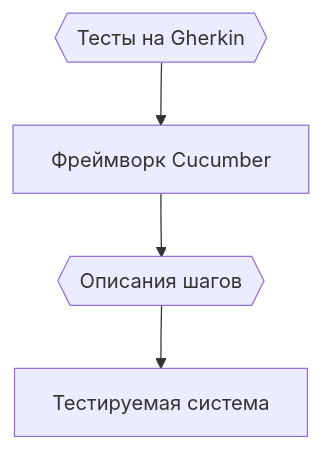
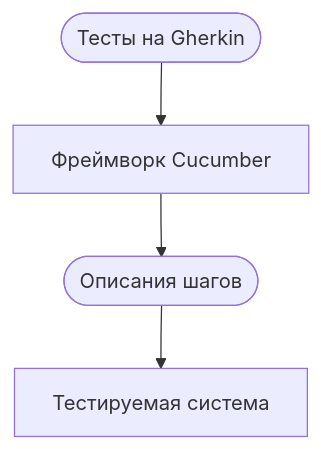
Before and after one commit to is-aidd-26/is-aidd-26.github.io: the first of 2 diagrams in _guides/gherkin.md, drawn with Mermaid. The commit also changed other lines of this file, not shown here.

Commit message:
Исправил синтаксис mermaid

````diff
--- a/_guides/gherkin.md
+++ b/_guides/gherkin.md
@@ -94,10 +94,10 @@
 ```mermaid
 flowchart TB
-    Gherkin{{"Тесты на Gherkin"}}
+    Gherkin(["Тесты на Gherkin"])
     Interpreter["Фреймворк Cucumber"]
-    Steps{{"Описания шагов"}}
+    Steps(["Описания шагов"])
     SUT["Тестируемая система"]
     Gherkin --> Interpreter
     Interpreter --> Steps
     Steps --> SUT
 ```
````
